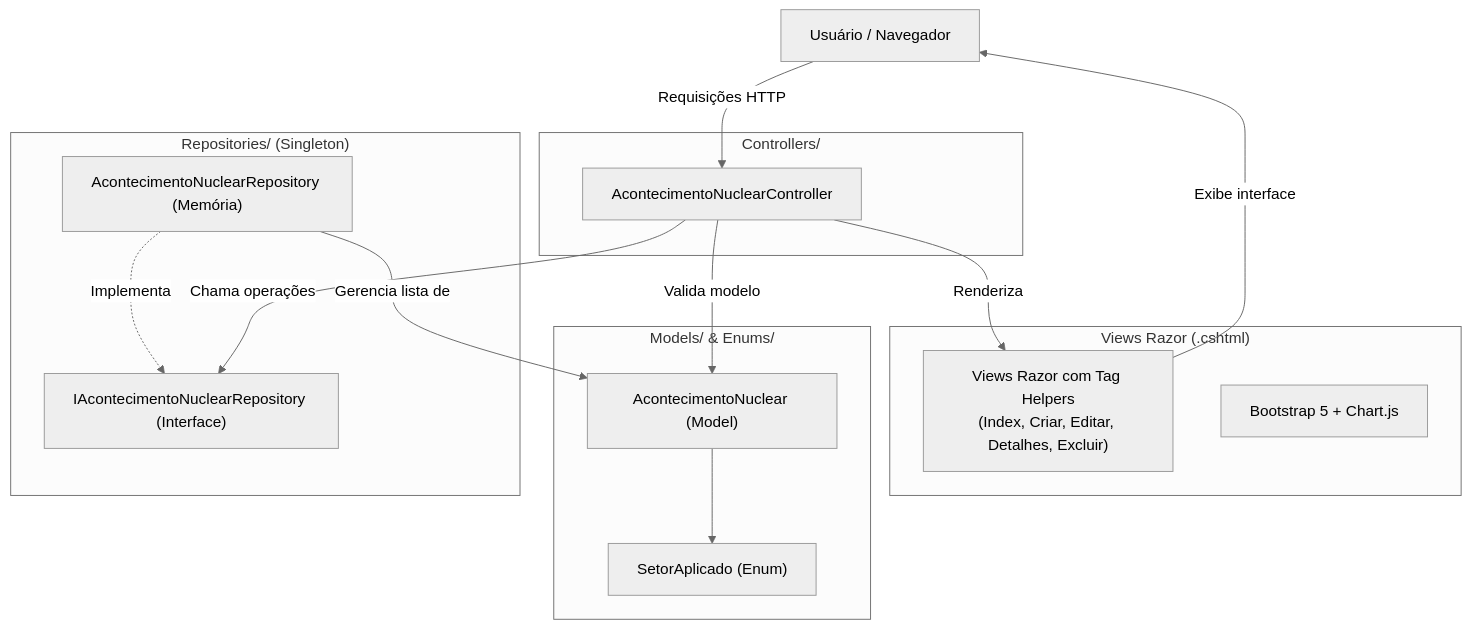
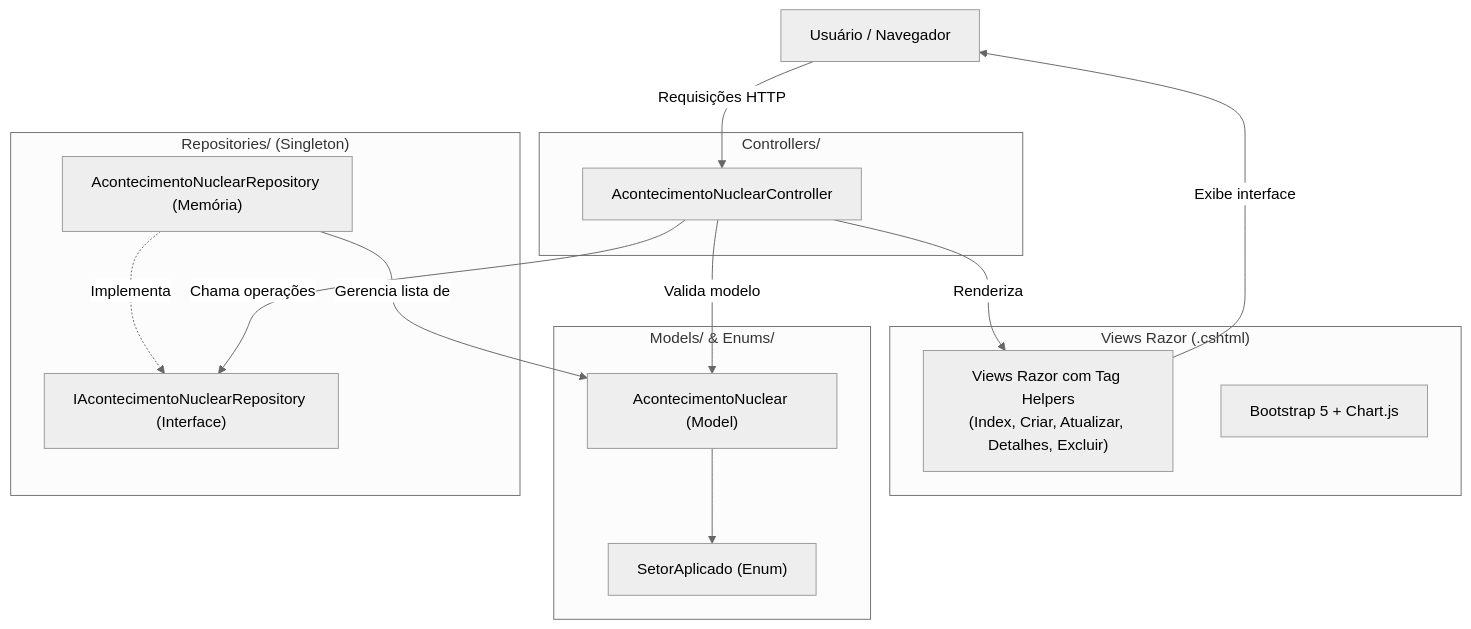
Before and after one commit to cavalcantecpaulo/Checkpoint2ABD: the first of 2 diagrams in README.md, drawn with Mermaid (neutral theme). The commit also changed other lines of this file and 26 other files, not shown here.

````diff
--- a/README.md
+++ b/README.md
@@ -15,33 +15,33 @@
 ```mermaid
 graph TD
      User["Usuário / Navegador"]
 
      subgraph ViewsLayer ["Views Razor (.cshtml)"]
-          Views["Views Razor com Tag Helpers<br/>(Index, Criar, Editar, Detalhes, Excluir)"]
+          Views["Views Razor com Tag Helpers<br/>(Index, Criar, Atualizar, Detalhes, Excluir)"]
           UI_Libs["Bootstrap 5 + Chart.js"]
      end
 
      subgraph ControllersLayer ["Controllers/"]
           Controller["AcontecimentoNuclearController"]
      end
 
      subgraph ModelsLayer ["Models/ & Enums/"]
           Model["AcontecimentoNuclear (Model)"]
           EnumSetor["SetorAplicado (Enum)"]
           Model --> EnumSetor
      end
 
      subgraph RepositoriesLayer ["Repositories/ (Singleton)"]
           IRepo["IAcontecimentoNuclearRepository (Interface)"]
           RepoImpl["AcontecimentoNuclearRepository (Memória)"]
           RepoImpl -.->|Implementa| IRepo
      end
 
      User -->|Requisições HTTP| Controller
      Controller -->|Renderiza| Views
      Views -->|Exibe interface| User
 
      Controller -->|Valida modelo| Model
      Controller -->|Chama operações| IRepo
      RepoImpl -->|Gerencia lista de| Model
 ```
````
